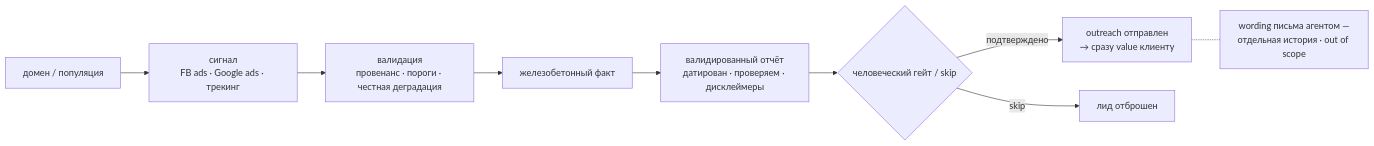
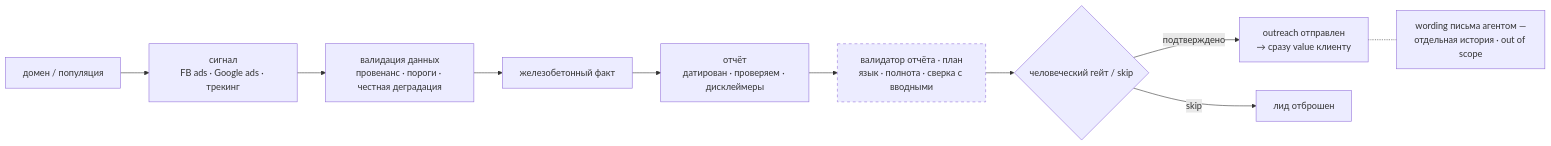
One commit to rodion-whatisai/marketing-agent-pipeline changed the diagram in marketing-agent-pipeline/01-client-discovery/decision-flow.md. Above: the diagram before and after it, drawn with Mermaid. The commit also changed other lines of this file and 1 other file, not shown here.

First line of the commit message:
docs(showcase): 01 — report validator note (next step) + node in the diagram

````diff
--- a/marketing-agent-pipeline/01-client-discovery/decision-flow.md
+++ b/marketing-agent-pipeline/01-client-discovery/decision-flow.md
@@ -6,11 +7,14 @@
 ```mermaid
 flowchart LR
   A[домен / популяция] --> B[сигнал<br/>FB ads · Google ads · трекинг]
-  B --> C[валидация<br/>провенанс · пороги · честная деградация]
+  B --> C[валидация данных<br/>провенанс · пороги · честная деградация]
   C --> D[железобетонный факт]
-  D --> E[валидированный отчёт<br/>датирован · проверяем · дисклеймеры]
-  E --> F{человеческий гейт / skip}
+  D --> E[отчёт<br/>датирован · проверяем · дисклеймеры]
+  E --> V[валидатор отчёта · план<br/>язык · полнота · сверка с вводными]
+  V --> F{человеческий гейт / skip}
   F -->|подтверждено| G[outreach отправлен<br/>→ сразу value клиенту]
   F -->|skip| Z[лид отброшен]
   G -.- OOS["wording письма агентом —<br/>отдельная история · out of scope"]
+  classDef planned stroke-dasharray:5 5;
+  class V planned;
 ```
````
